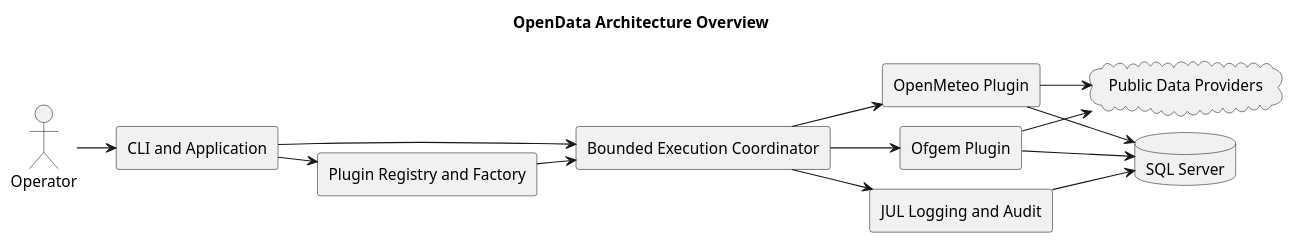
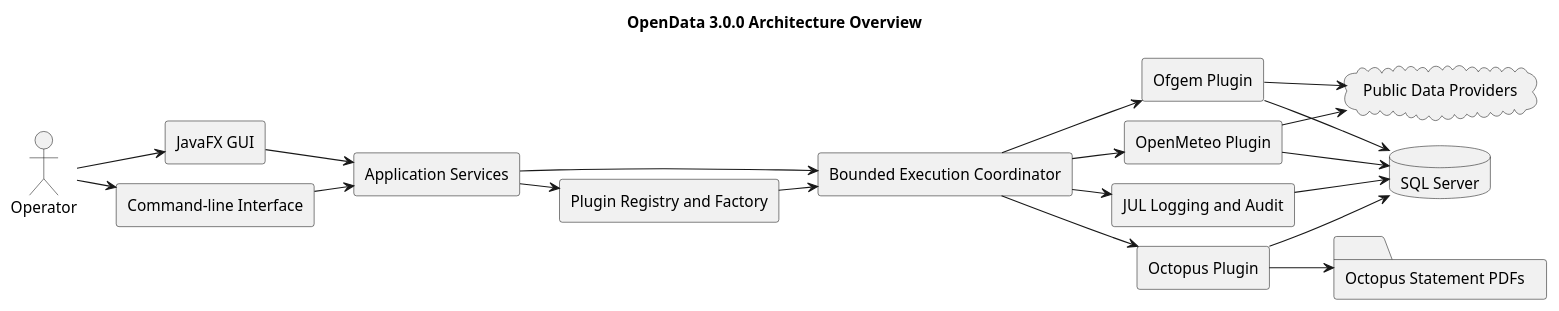
The diagram in docs/diagrams/source/architecture-overview.puml (TerryCurranZellis/OpenData), drawn with PlantUML before and after one commit. The commit also changed 268 other files, not shown here.

```diff
--- a/docs/diagrams/source/architecture-overview.puml
+++ b/docs/diagrams/source/architecture-overview.puml
@@ -1,29 +1,39 @@
 @startuml
 !pragma layout smetana
-title OpenData Architecture Overview
+title OpenData 3.0.0 Architecture Overview
 left to right direction
 skinparam componentStyle rectangle
 
 actor Operator
-component "CLI and Application" as App
+component "JavaFX GUI" as GUI
+component "Command-line Interface" as CLI
+component "Application Services" as App
 component "Plugin Registry and Factory" as Registry
 component "Bounded Execution Coordinator" as Coordinator
 component "Ofgem Plugin" as Ofgem
 component "OpenMeteo Plugin" as Meteo
+component "Octopus Plugin" as Octopus
 component "JUL Logging and Audit" as Audit
 cloud "Public Data Providers" as Providers
+folder "Octopus Statement PDFs" as Statements
 database "SQL Server" as Database
 
-Operator --> App
+Operator --> GUI
+Operator --> CLI
+GUI --> App
+CLI --> App
 App --> Registry
 App --> Coordinator
 Registry --> Coordinator
 Coordinator --> Ofgem
 Coordinator --> Meteo
+Coordinator --> Octopus
 Ofgem --> Providers
 Meteo --> Providers
+Octopus --> Statements
 Ofgem --> Database
 Meteo --> Database
+Octopus --> Database
 Coordinator --> Audit
 Audit --> Database
 @enduml
```
